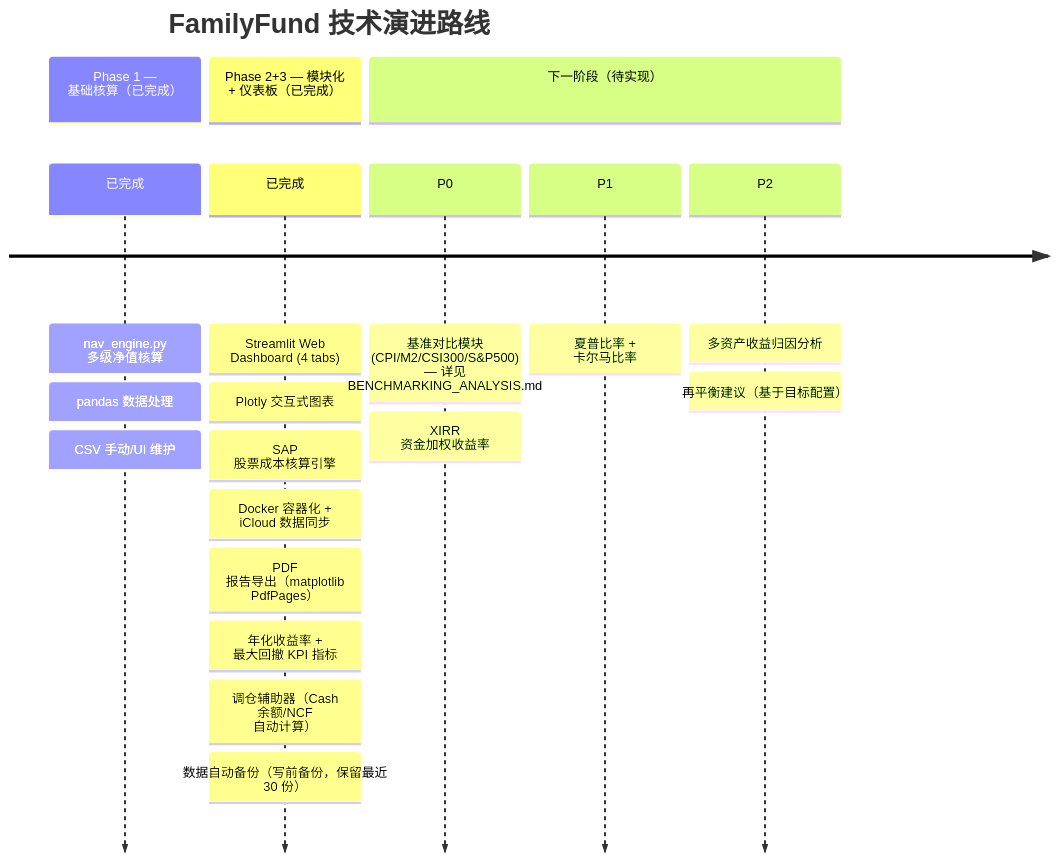
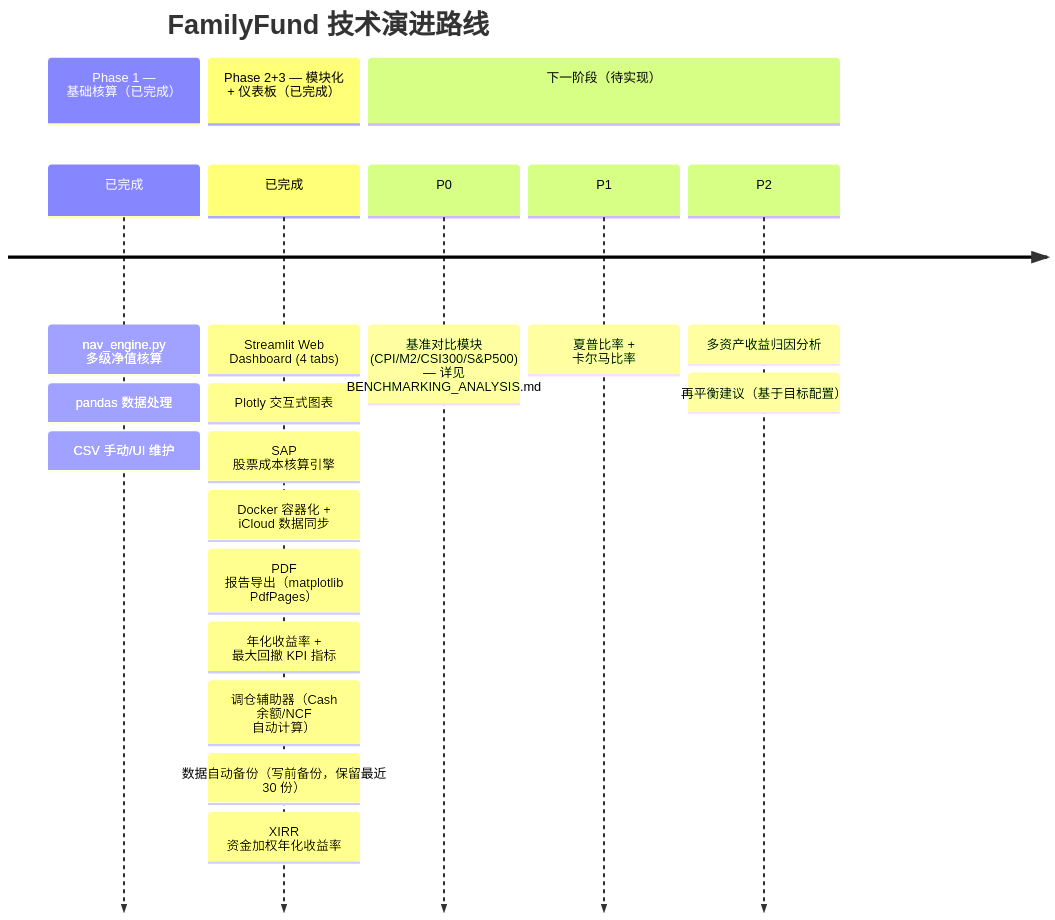
Before and after one commit to Haolun123/FamilyFund: diagram 16 of 16 in ARCHITECTURE_shared.md, drawn with Mermaid. The commit also changed other lines of this file and 4 other files, not shown here.

````diff
--- a/ARCHITECTURE_shared.md
+++ b/ARCHITECTURE_shared.md
@@ -983,23 +983,23 @@
 ```mermaid
 timeline
     title FamilyFund 技术演进路线
     section Phase 1 — 基础核算（已完成）
         已完成 : nav_engine.py 多级净值核算
              : pandas 数据处理
              : CSV 手动/UI 维护
     section Phase 2+3 — 模块化 + 仪表板（已完成）
         已完成 : Streamlit Web Dashboard (4 tabs)
              : Plotly 交互式图表
              : SAP 股票成本核算引擎
              : Docker 容器化 + iCloud 数据同步
              : PDF 报告导出（matplotlib PdfPages）
              : 年化收益率 + 最大回撤 KPI 指标
              : 调仓辅助器（Cash 余额/NCF 自动计算）
              : 数据自动备份（写前备份，保留最近 30 份）
+             : XIRR 资金加权年化收益率
     section 下一阶段（待实现）
         P0 : 基准对比模块 (CPI/M2/CSI300/S&P500) — 详见 BENCHMARKING_ANALYSIS.md
-           : XIRR 资金加权收益率
         P1 : 夏普比率 + 卡尔马比率
         P2 : 多资产收益归因分析
            : 再平衡建议（基于目标配置）
 ```
````
